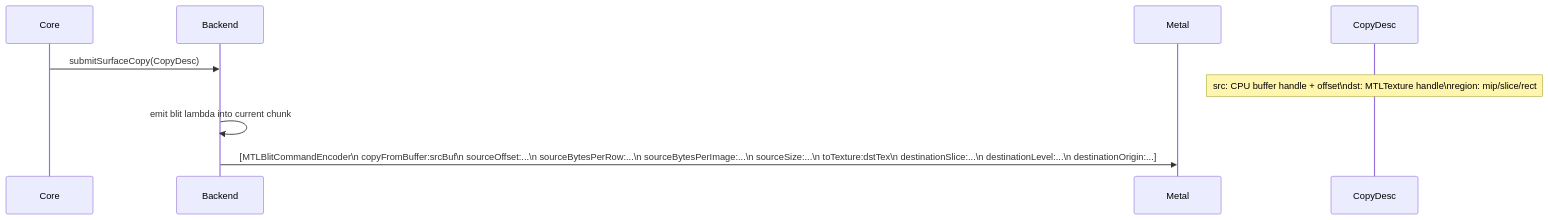
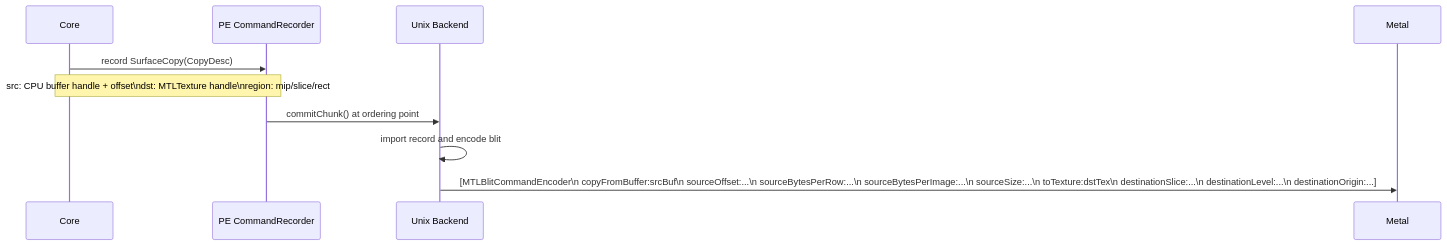
Before and after one commit to dfdgsdfg/dxmt9: the first of 3 diagrams in specs/backend/surface-ops.md, drawn with Mermaid. The commit also changed other lines of this file and 15 other files, not shown here.

````diff
--- a/specs/backend/surface-ops.md
+++ b/specs/backend/surface-ops.md
@@ -33,13 +33,15 @@
 ```mermaid
 sequenceDiagram
     participant Core
-    participant B as Backend
+    participant Rec as PE CommandRecorder
+    participant B as Unix Backend
     participant MTL as Metal
 
-    Core->>B: submitSurfaceCopy(CopyDesc)
-    Note over CopyDesc: src: CPU buffer handle + offset\ndst: MTLTexture handle\nregion: mip/slice/rect
+    Core->>Rec: record SurfaceCopy(CopyDesc)
+    Note over Core,Rec: src: CPU buffer handle + offset\ndst: MTLTexture handle\nregion: mip/slice/rect
 
-    B->>B: emit blit lambda into current chunk
+    Rec->>B: commitChunk() at ordering point
+    B->>B: import record and encode blit
 
     B->>MTL: [MTLBlitCommandEncoder\n  copyFromBuffer:srcBuf\n  sourceOffset:...\n  sourceBytesPerRow:...\n  sourceBytesPerImage:...\n  sourceSize:...\n  toTexture:dstTex\n  destinationSlice:...\n  destinationLevel:...\n  destinationOrigin:...]
 ```
````
